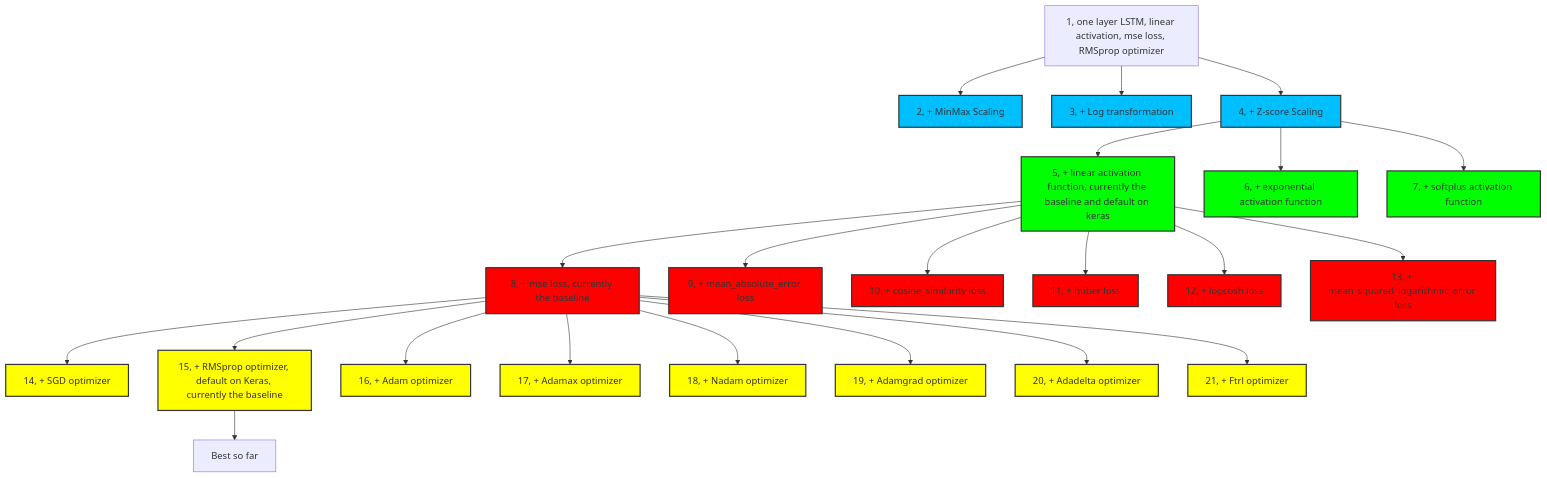
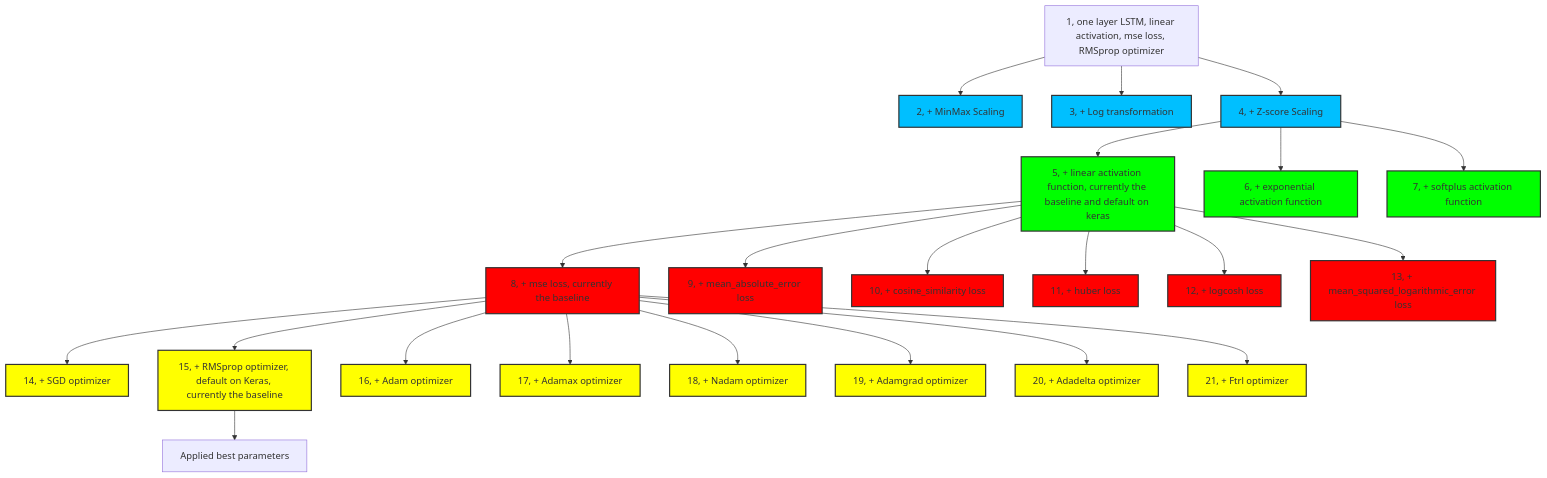
The diagram in src/models/LSTM/LSTM_regressor/experiment_hierarchy.md (zihaozeng0021/currency-exchange-rate-forecasting), drawn with Mermaid before and after one commit. The commit also changed 5 other files, not shown here.

````diff
--- a/src/models/LSTM/LSTM_regressor/experiment_hierarchy.md
+++ b/src/models/LSTM/LSTM_regressor/experiment_hierarchy.md
@@ -1,38 +1,38 @@
 ```mermaid
 graph TD
     1[1, one layer LSTM, linear activation, mse loss, RMSprop optimizer] --> 2[2, + MinMax Scaling]
     1 --> 3[3, + Log transformation]
     1 --> 4[4, + Z-score Scaling]
     4 --> 5[5, + linear activation function, currently the baseline and default on keras]
     4 --> 6[6, + exponential activation function]
     4 --> 7[7, + softplus activation function]
     5 --> 8[8, + mse loss, currently the baseline]
     5 --> 9[9, + mean_absolute_error loss]
     5 --> 10[10, + cosine_similarity loss]
     5 --> 11[11, + huber loss]
     5 --> 12[12, + logcosh loss]
     5 --> 13[13, + mean_squared_logarithmic_error loss]
     8 --> 14[14, + SGD optimizer]
     8 --> 15[15, + RMSprop optimizer, default on Keras, currently the baseline]
     8 --> 16[16, + Adam optimizer]
     8 --> 17[17, + Adamax optimizer]
     8 --> 18[18, + Nadam optimizer]
     8 --> 19[19, + Adamgrad optimizer]
     8 --> 20[20, + Adadelta optimizer]
     8 --> 21[21, + Ftrl optimizer]
-    15 --> 22[Best so far]
+    15 --> 22[Applied best parameters]
     
     
     classDef brightBlue fill:#00BFFF,stroke:#333,stroke-width:2px;
     class 2,3,4 brightBlue;
     
     classDef brightGreen fill:#00FF00,stroke:#333,stroke-width:2px;
     class 5,6,7 brightGreen;
     
     classDef brightRed fill:#FF0000,stroke:#333,stroke-width:2px;
     class 8,9,10,11,12,13 brightRed;
     
     classDef brightYellow fill:#FFFF00,stroke:#333,stroke-width:2px;
     class 14,15,16,17,18,19,20,21 brightYellow;
     
 ```
````
